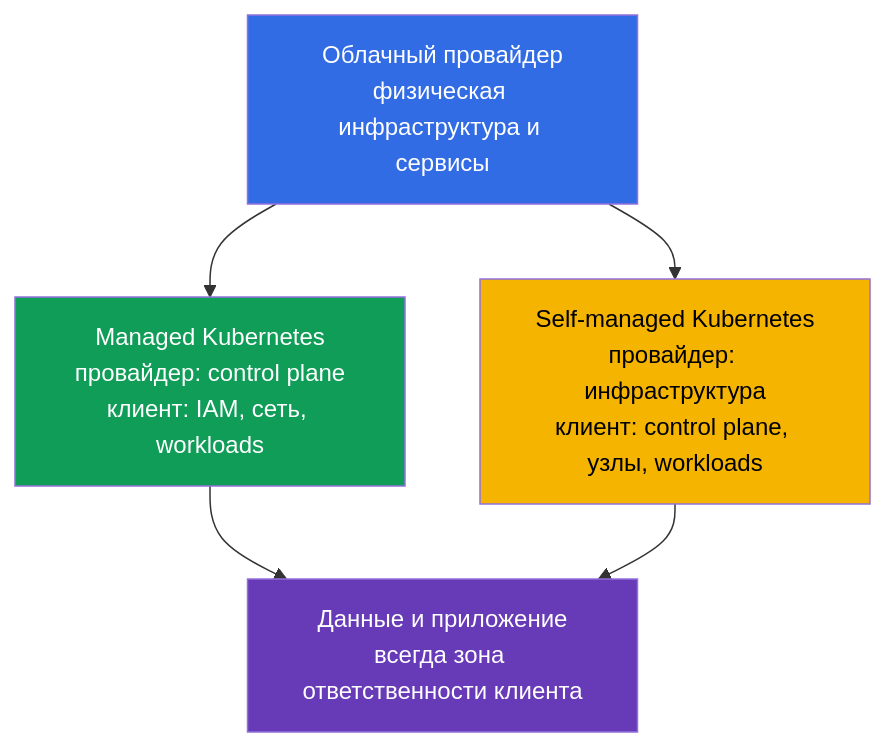
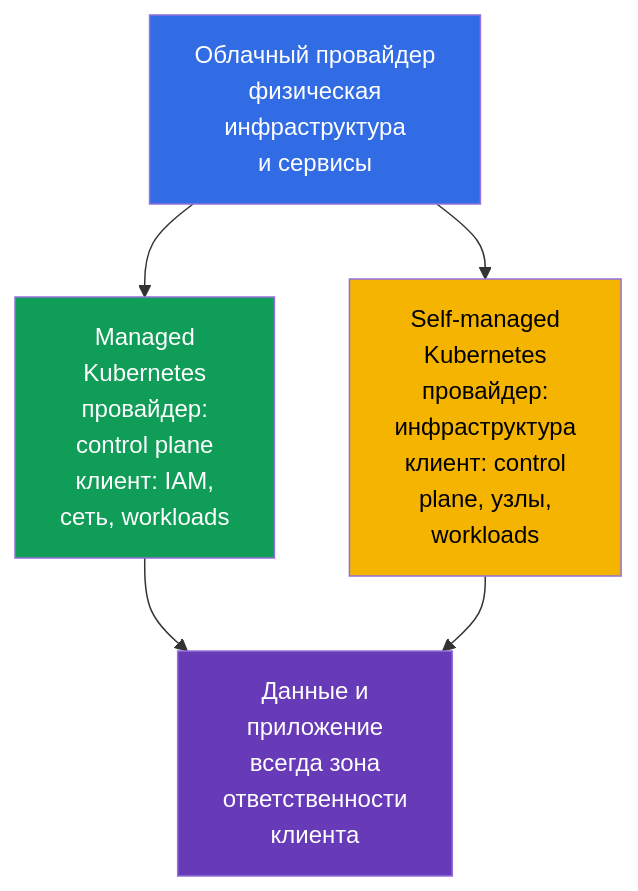
One commit to ViktorUJ/cks changed the first of 2 diagrams in tasks/kcsa/course/04/ru.md. Above: the diagram before and after it, drawn with Mermaid. The commit also changed other lines of this file and 60 other files, not shown here.

````diff
--- a/tasks/kcsa/course/04/ru.md
+++ b/tasks/kcsa/course/04/ru.md
@@ -25,11 +25,11 @@
 ```mermaid
 flowchart TB
-    cloud["Облачный провайдер<br/>физическая инфраструктура и сервисы"] --> managed["Managed Kubernetes<br/>провайдер: control plane<br/>клиент: IAM, сеть, workloads"]
-    cloud --> self["Self-managed Kubernetes<br/>провайдер: инфраструктура<br/>клиент: control plane, узлы, workloads"]
-    managed --> app["Данные и приложение<br/>всегда зона ответственности клиента"]
+    cloud["Облачный провайдер<br/>физическая<br/>инфраструктура<br/>и сервисы"] --> managed["Managed<br/>Kubernetes<br/>провайдер:<br/>control plane<br/>клиент: IAM,<br/>сеть, workloads"]
+    cloud --> self["Self-managed<br/>Kubernetes<br/>провайдер:<br/>инфраструктура<br/>клиент: control<br/>plane, узлы,<br/>workloads"]
+    managed --> app["Данные и<br/>приложение<br/>всегда зона<br/>ответственности<br/>клиента"]
     self --> app
     style cloud fill:#326ce5,color:#fff
     style managed fill:#0f9d58,color:#fff
     style self fill:#f4b400,color:#000
     style app fill:#673ab7,color:#fff
 ```
````
